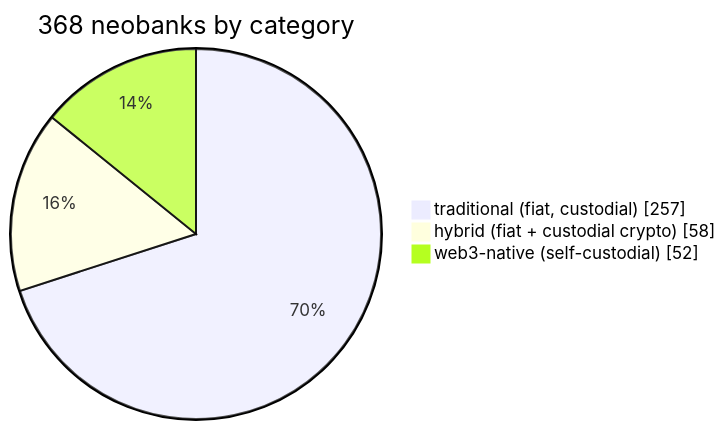
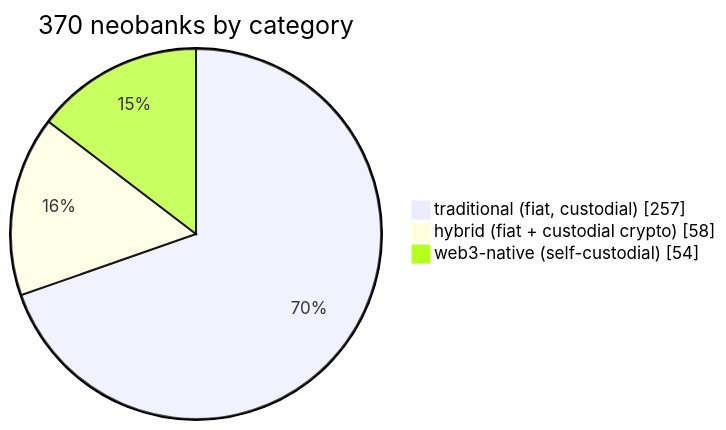
Before and after one commit to andreolf/neobankbeat: the first of 3 diagrams in README.md, drawn with Mermaid. The commit also changed other lines of this file and 745 other files, not shown here.

````diff
--- a/README.md
+++ b/README.md
@@ -41,6 +41,6 @@
 ```mermaid
-pie showData title 368 neobanks by category
+pie showData title 370 neobanks by category
     "traditional (fiat, custodial)" : 257
     "hybrid (fiat + custodial crypto)" : 58
-    "web3-native (self-custodial)" : 52
+    "web3-native (self-custodial)" : 54
 ```
````
